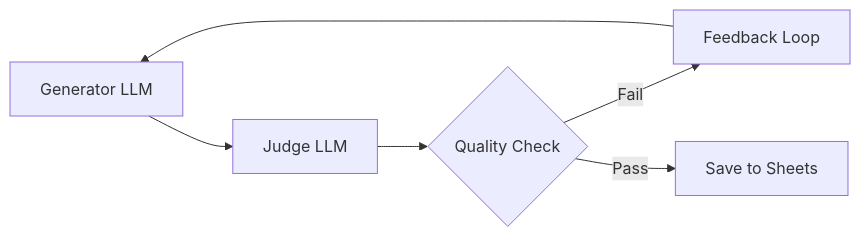
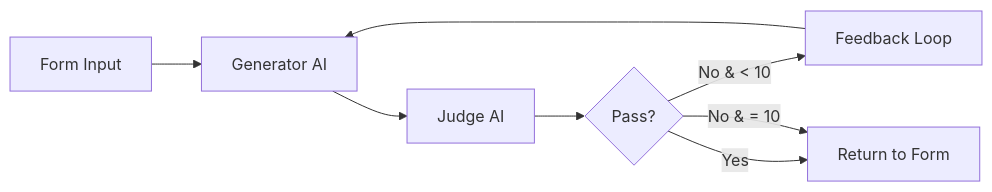
Before and after one commit to LouisChanCLY/automation-exercise: the second of 3 diagrams in docs/exercises/03-llm-as-judge/index.md, drawn with Mermaid. The commit also changed other lines of this file and 4 other files, not shown here.

First line of the commit message:
refactor: Revise Exercise 3 with simplified architecture

````diff
--- a/docs/exercises/03-llm-as-judge/index.md
+++ b/docs/exercises/03-llm-as-judge/index.md
@@ -53,8 +54,10 @@
 ```mermaid
 graph LR
-    A1[Generator LLM] --> B1[Judge LLM]
-    B1 --> C1{Quality Check}
-    C1 -->|Fail| D1[Feedback Loop]
-    D1 --> A1
-    C1 -->|Pass| E1[Save to Sheets]
+    A1[Form Input] --> B1[Generator AI]
+    B1 --> C1[Judge AI]
+    C1 --> D1{Pass?}
+    D1 -->|No & < 10| E1[Feedback Loop]
+    E1 --> B1
+    D1 -->|Yes| F1[Return to Form]
+    D1 -->|No & = 10| F1
 ```
````
